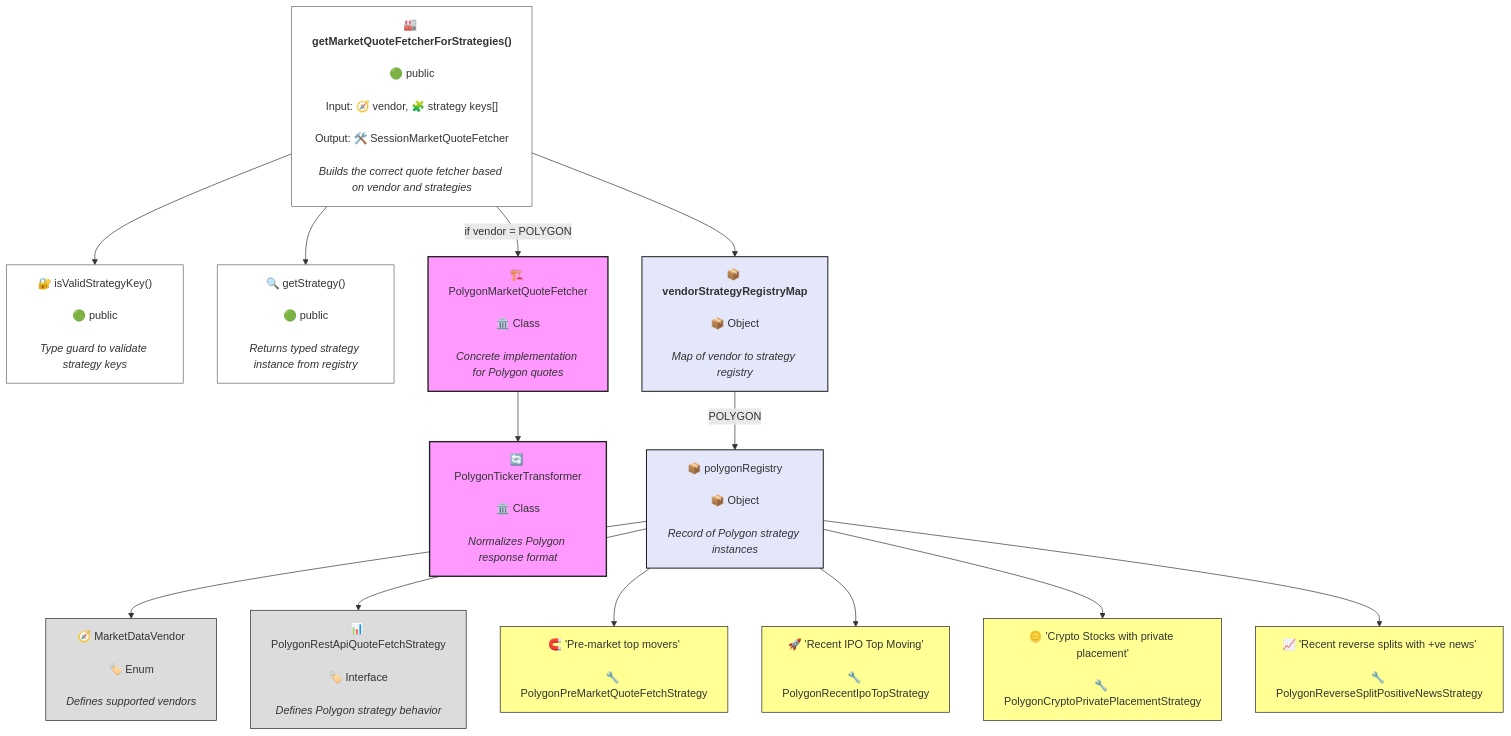
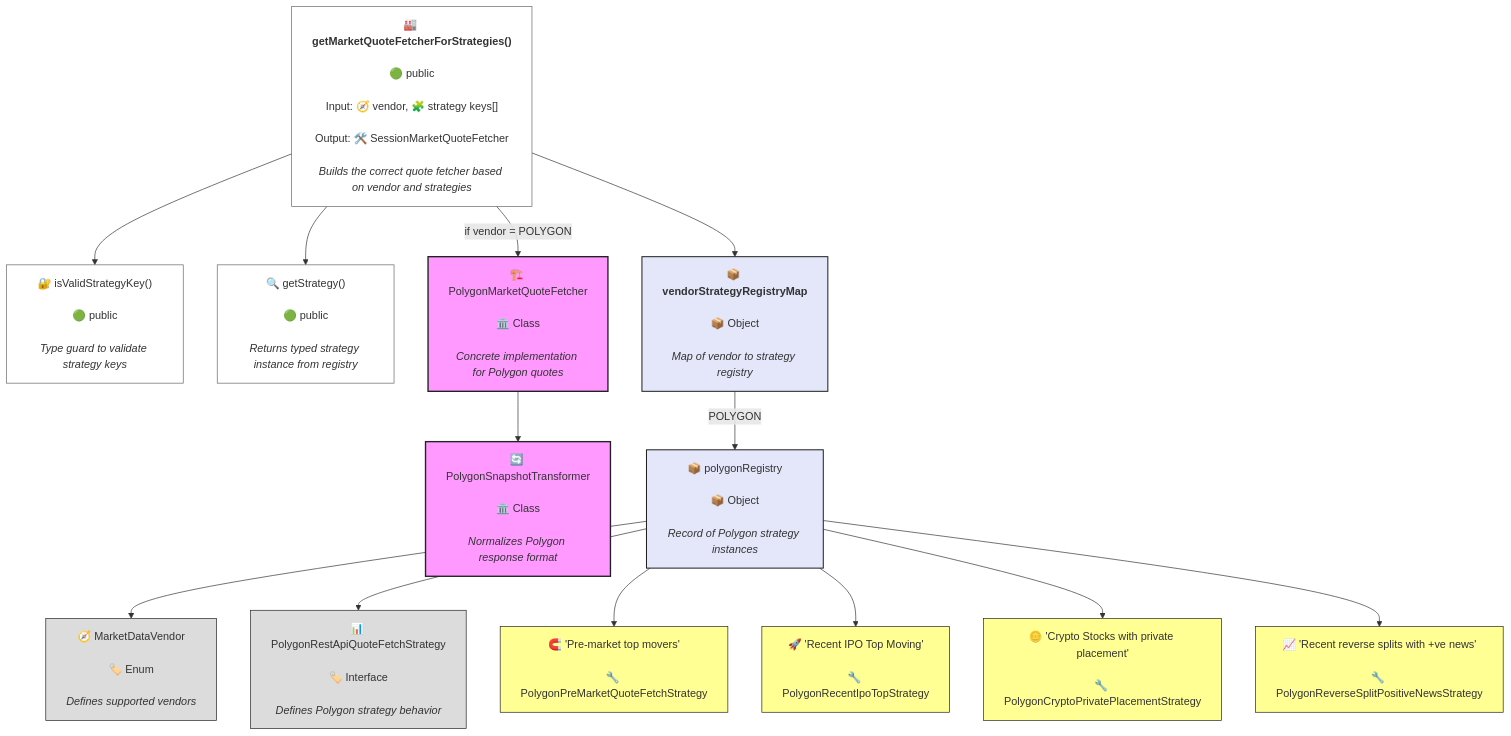
One commit to monolithgoon/momentum-trend-notification-bot changed the diagram in src/strategies/fetch/factories/getMarketQuoteFetcherForStrategies.graph.mmd. Above: the diagram before and after it, drawn with Mermaid. The commit also changed 62 other files, not shown here.

```diff
--- a/src/strategies/fetch/factories/getMarketQuoteFetcherForStrategies.graph.mmd
+++ b/src/strategies/fetch/factories/getMarketQuoteFetcherForStrategies.graph.mmd
@@ -1,94 +1,94 @@
 %% Combined: getMarketQuoteFetcherForStrategies + vendorStrategyRegistryMap with colored styling
 
 graph TD
 
   %% Main factory function
   getMarketQuoteFetcherForStrategies["🏭 <b>getMarketQuoteFetcherForStrategies()</b>
   <br/>🟢 public
   <br/>Input: 🧭 vendor, 🧩 strategy keys[]
   <br/>Output: 🛠️ SessionMarketQuoteFetcher
   <br/><i>Builds the correct quote fetcher based on vendor and strategies</i>
   "]:::method
 
   %% Registry helper functions
   isValidStrategyKey["🔐 isValidStrategyKey()
   <br/>🟢 public
   <br/><i>Type guard to validate strategy keys</i>
   "]:::method
 
   getStrategy["🔍 getStrategy()
   <br/>🟢 public
   <br/><i>Returns typed strategy instance from registry</i>
   "]:::method
 
   %% Polygon-specific fetcher
   PolygonMarketQuoteFetcher["🏗️ PolygonMarketQuoteFetcher
   <br/>🏛️ Class
   <br/><i>Concrete implementation for Polygon quotes</i>
   "]:::service
 
-  PolygonTickerTransformer["🔄 PolygonTickerTransformer
+  PolygonSnapshotTransformer["🔄 PolygonSnapshotTransformer
   <br/>🏛️ Class
   <br/><i>Normalizes Polygon response format</i>
   "]:::service
 
   %% Strategy Registry Map
   vendorStrategyRegistryMap["📦 <b>vendorStrategyRegistryMap</b>
   <br/>📦 Object
   <br/><i>Map of vendor to strategy registry</i>
   "]:::util
 
   MarketDataVendor["🧭 MarketDataVendor
   <br/>🏷️ Enum
   <br/><i>Defines supported vendors</i>
   "]:::type
 
   polygonRegistry["📦 polygonRegistry
   <br/>📦 Object
   <br/><i>Record of Polygon strategy instances</i>
   "]:::util
 
   PolygonRestApiQuoteFetchStrategy["📊 PolygonRestApiQuoteFetchStrategy
   <br/>🏷️ Interface
   <br/><i>Defines Polygon strategy behavior</i>
   "]:::type
 
   %% Strategy keys and classes
   PreMarket["🧲 'Pre-market top movers'
   <br/>🔧 PolygonPreMarketQuoteFetchStrategy
   "]:::highlight
 
   RecentIpo["🚀 'Recent IPO Top Moving'
   <br/>🔧 PolygonRecentIpoTopStrategy
   "]:::highlight
 
   CryptoPlacement["🪙 'Crypto Stocks with private placement'
   <br/>🔧 PolygonCryptoPrivatePlacementStrategy
   "]:::highlight
 
   ReverseSplitNews["📈 'Recent reverse splits with +ve news'
   <br/>🔧 PolygonReverseSplitPositiveNewsStrategy
   "]:::highlight
 
   %% Flow connections
   getMarketQuoteFetcherForStrategies --> isValidStrategyKey
   getMarketQuoteFetcherForStrategies --> getStrategy
   getMarketQuoteFetcherForStrategies --> vendorStrategyRegistryMap
   getMarketQuoteFetcherForStrategies -->|if vendor = POLYGON| PolygonMarketQuoteFetcher
-  PolygonMarketQuoteFetcher --> PolygonTickerTransformer
+  PolygonMarketQuoteFetcher --> PolygonSnapshotTransformer
 
   vendorStrategyRegistryMap -->|POLYGON| polygonRegistry
   polygonRegistry --> MarketDataVendor
   polygonRegistry --> PolygonRestApiQuoteFetchStrategy
 
   polygonRegistry --> PreMarket
   polygonRegistry --> RecentIpo
   polygonRegistry --> CryptoPlacement
   polygonRegistry --> ReverseSplitNews
 
   %% Styles
   classDef method fill:#fff,stroke:#666,stroke-width:1px;
   classDef util fill:#e3e7f9,stroke:#222,stroke-width:1.5px;
   classDef type fill:#dcdcdc,stroke:#222,stroke-width:1.5px;  %% grey for enums/interfaces
   classDef service fill:#f9f,stroke:#222,stroke-width:2px;
   classDef highlight fill:#ffff93,stroke:#222,stroke-width:2px;  %% bright yellow
```
